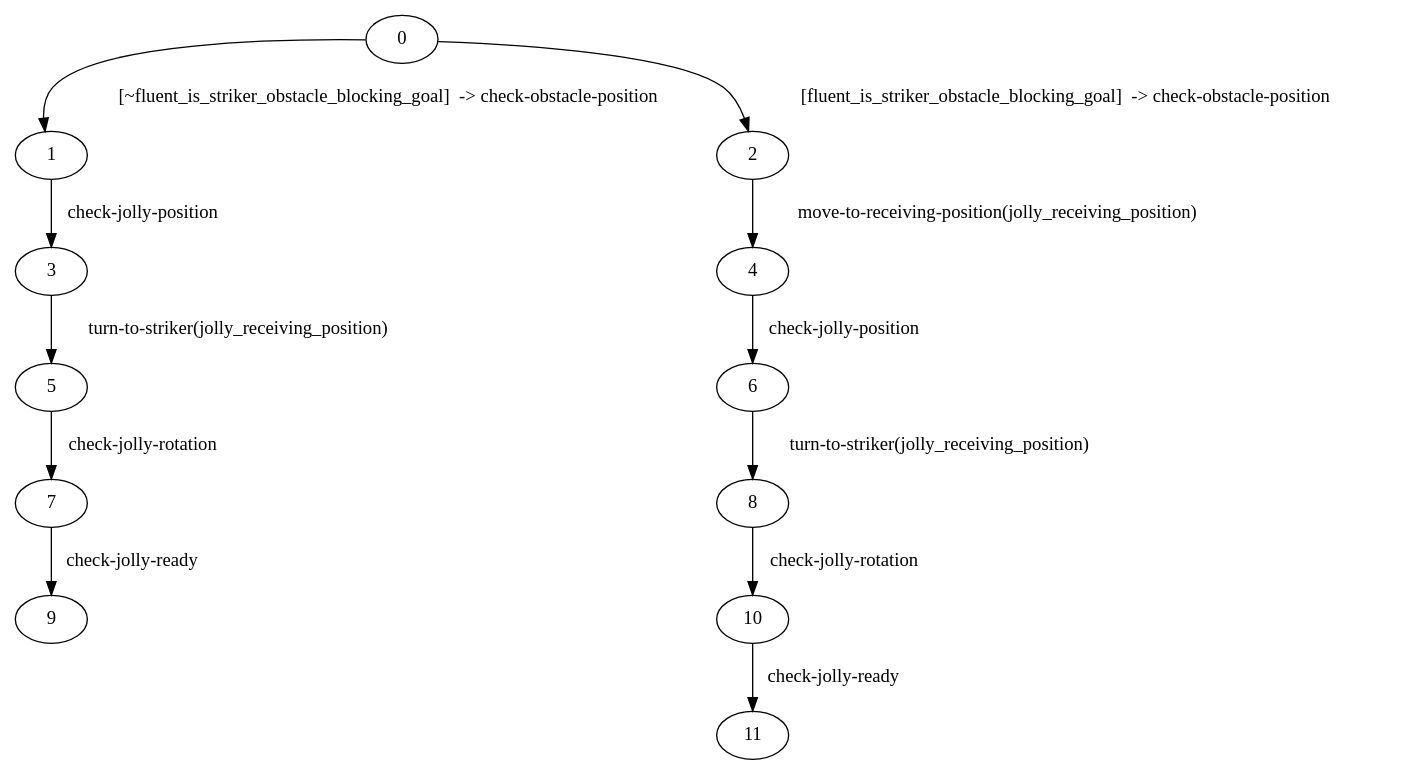
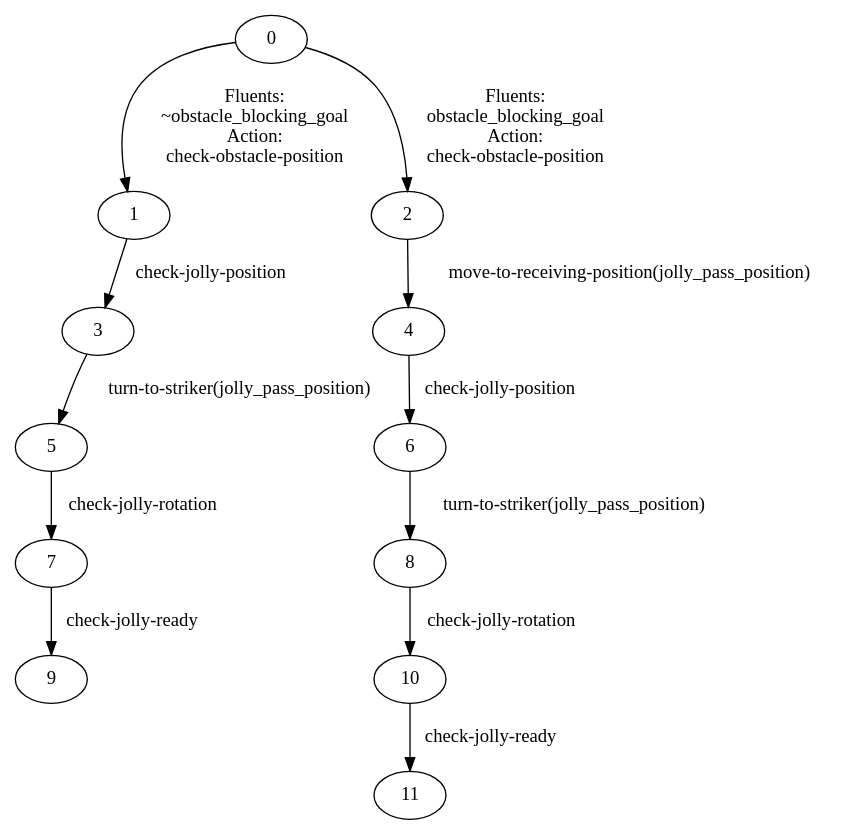
One commit to EmanueleMusumeci/SPL_RoboCup_Dynamic_Behavior_Generation_From_PDDL_PLTLf_specification_review_version changed the diagram in robocup_spl_temporal_goals/experiments/fond_planning/output/plan_preview/fond_planning_striker_with_pass_jolly.dot. Above: the diagram before and after it, drawn with Graphviz. The commit also changed 1013 other files, not shown here.

```diff
--- a/robocup_spl_temporal_goals/experiments/fond_planning/output/plan_preview/fond_planning_striker_with_pass_jolly.dot
+++ b/robocup_spl_temporal_goals/experiments/fond_planning/output/plan_preview/fond_planning_striker_with_pass_jolly.dot
@@ -1,36 +1,42 @@
 strict digraph "" {
 	0	[color=black];
 	1	[color=black];
 	0 -> 1	[color=black,
-		label="[~fluent_is_striker_obstacle_blocking_goal]  -> check-obstacle-position"];
+		label="Fluents:
+~obstacle_blocking_goal
+ Action:
+check-obstacle-position"];
 	2	[color=black];
 	0 -> 2	[color=black,
-		label="[fluent_is_striker_obstacle_blocking_goal]  -> check-obstacle-position"];
+		label="Fluents:
+obstacle_blocking_goal
+ Action:
+check-obstacle-position"];
 	3	[color=black];
 	1 -> 3	[color=black,
 		label="check-jolly-position"];
 	4	[color=black];
 	2 -> 4	[color=black,
-		label="move-to-receiving-position(jolly_receiving_position)"];
+		label="move-to-receiving-position(jolly_pass_position)"];
 	5	[color=black];
 	3 -> 5	[color=black,
-		label="turn-to-striker(jolly_receiving_position)"];
+		label="turn-to-striker(jolly_pass_position)"];
 	6	[color=black];
 	4 -> 6	[color=black,
 		label="check-jolly-position"];
 	7	[color=black];
 	5 -> 7	[color=black,
 		label="check-jolly-rotation"];
 	8	[color=black];
 	6 -> 8	[color=black,
-		label="turn-to-striker(jolly_receiving_position)"];
+		label="turn-to-striker(jolly_pass_position)"];
 	9	[color=black];
 	7 -> 9	[color=black,
 		label="check-jolly-ready"];
 	10	[color=black];
 	8 -> 10	[color=black,
 		label="check-jolly-rotation"];
 	11	[color=black];
 	10 -> 11	[color=black,
 		label="check-jolly-ready"];
 }
```
